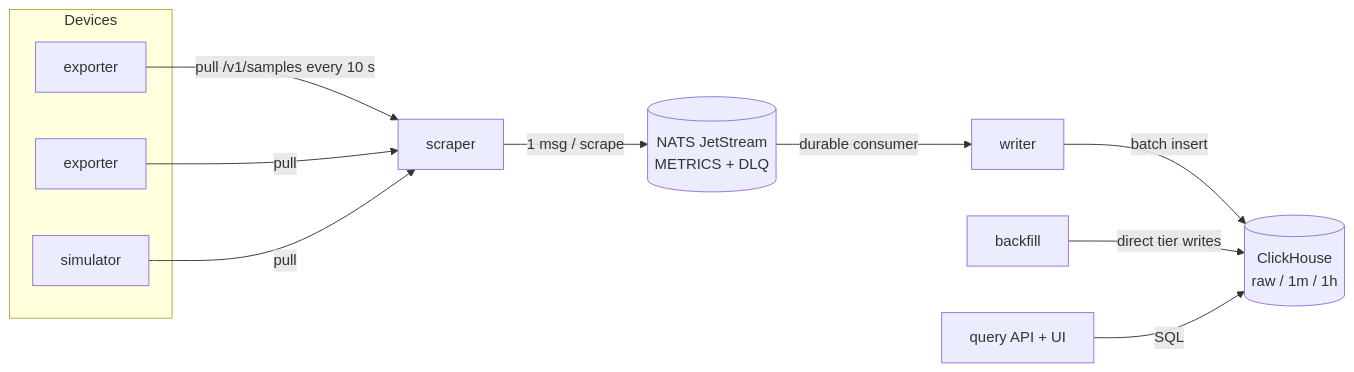
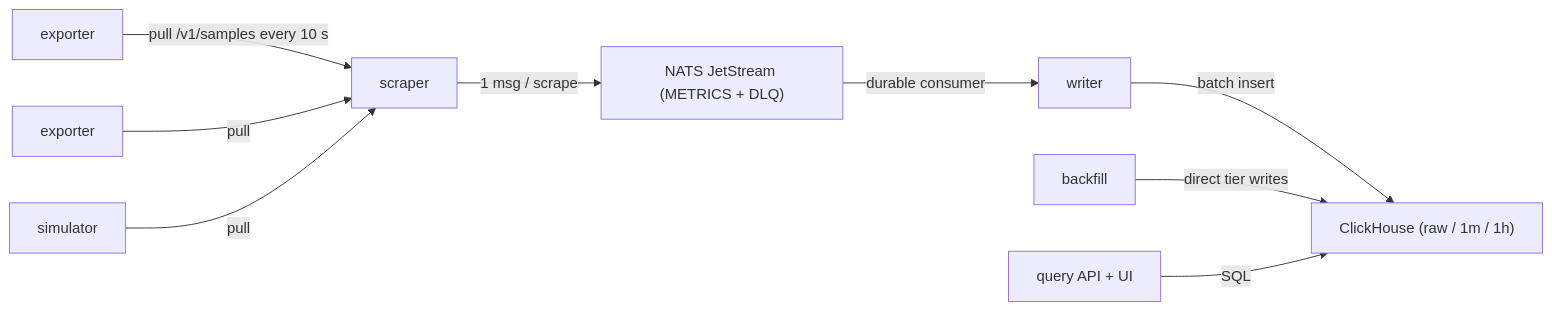
One commit to mrhaghighi/fleetpulse changed the diagram in docs/design.md. Above: the diagram before and after it, drawn with Mermaid. The commit also changed 2 other files, not shown here.

Commit message:
docs: use GitHub-safe Mermaid diagrams

````diff
--- a/docs/design.md
+++ b/docs/design.md
@@ -57,23 +57,21 @@
 ```mermaid
 flowchart LR
-  subgraph devices["Devices"]
-    E1[exporter]
-    E2[exporter]
-    S[simulator]
-  end
-  SC[scraper]
-  N[(NATS JetStream<br/>METRICS + DLQ)]
-  W[writer]
-  CH[(ClickHouse<br/>raw / 1m / 1h)]
-  Q[query API + UI]
-  B[backfill]
+  E1["exporter"]
+  E2["exporter"]
+  S["simulator"]
+  SC["scraper"]
+  N["NATS JetStream (METRICS + DLQ)"]
+  W["writer"]
+  CH["ClickHouse (raw / 1m / 1h)"]
+  Q["query API + UI"]
+  B["backfill"]
 
-  E1 -->|"pull /v1/samples every 10 s"| SC
-  E2 -->|pull| SC
-  S -->|pull| SC
-  SC -->|"1 msg / scrape"| N
-  N -->|durable consumer| W
-  W -->|batch insert| CH
-  B -->|direct tier writes| CH
-  Q -->|SQL| CH
+  E1 -- "pull /v1/samples every 10 s" --> SC
+  E2 -- "pull" --> SC
+  S -- "pull" --> SC
+  SC -- "1 msg / scrape" --> N
+  N -- "durable consumer" --> W
+  W -- "batch insert" --> CH
+  B -- "direct tier writes" --> CH
+  Q -- "SQL" --> CH
 ```
````
